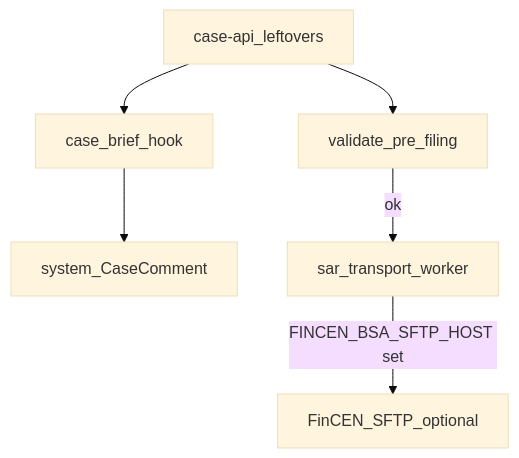
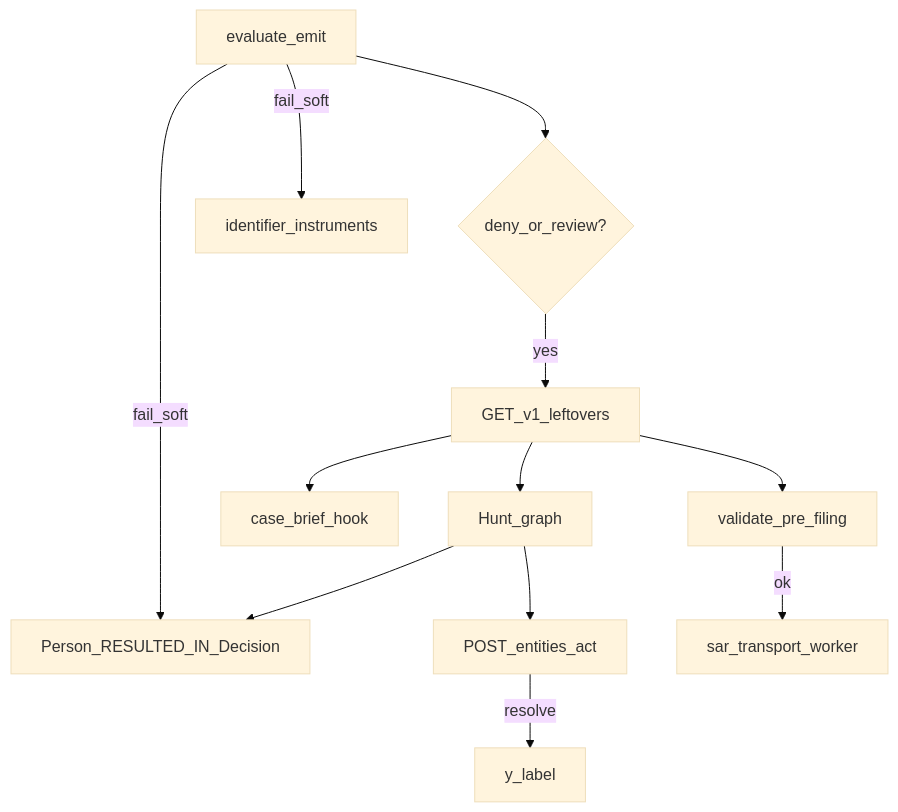
Before and after one commit to pamu512/tarka: the fourth of 7 diagrams in docs/docs/guides/feature-data-flows.md, drawn with Mermaid (base theme). The commit also changed other lines of this file and 3 other files, not shown here.

First line of the commit message:
docs: redraw evaluate hop and architecture mermaid after August PRs

````diff
--- a/docs/docs/guides/feature-data-flows.md
+++ b/docs/docs/guides/feature-data-flows.md
@@ -96,14 +138,25 @@
 ```mermaid
 flowchart TD
-  Case[case-api_leftovers]
+  Eval[evaluate_emit]
+  Mint{deny_or_review?}
+  Left[GET_v1_leftovers]
+  Hunt[Hunt_graph]
+  Hop[Person_RESULTED_IN_Decision]
+  Inst[identifier_instruments]
+  Act[POST_entities_act]
   Brief[case_brief_hook]
-  Comment[system_CaseComment]
   SAR[validate_pre_filing]
   Worker[sar_transport_worker]
-  SFTP[FinCEN_SFTP_optional]
 
-  Case --> Brief --> Comment
-  Case --> SAR
+  Eval --> Mint
+  Eval -->|fail_soft| Hop
+  Eval -->|fail_soft| Inst
+  Mint -->|yes| Left
+  Left --> Hunt
+  Hunt --> Hop
+  Hunt --> Act
+  Act -->|resolve| Y[y_label]
+  Left --> Brief
+  Left --> SAR
   SAR -->|ok| Worker
-  Worker -->|FINCEN_BSA_SFTP_HOST set| SFTP
 ```
````
